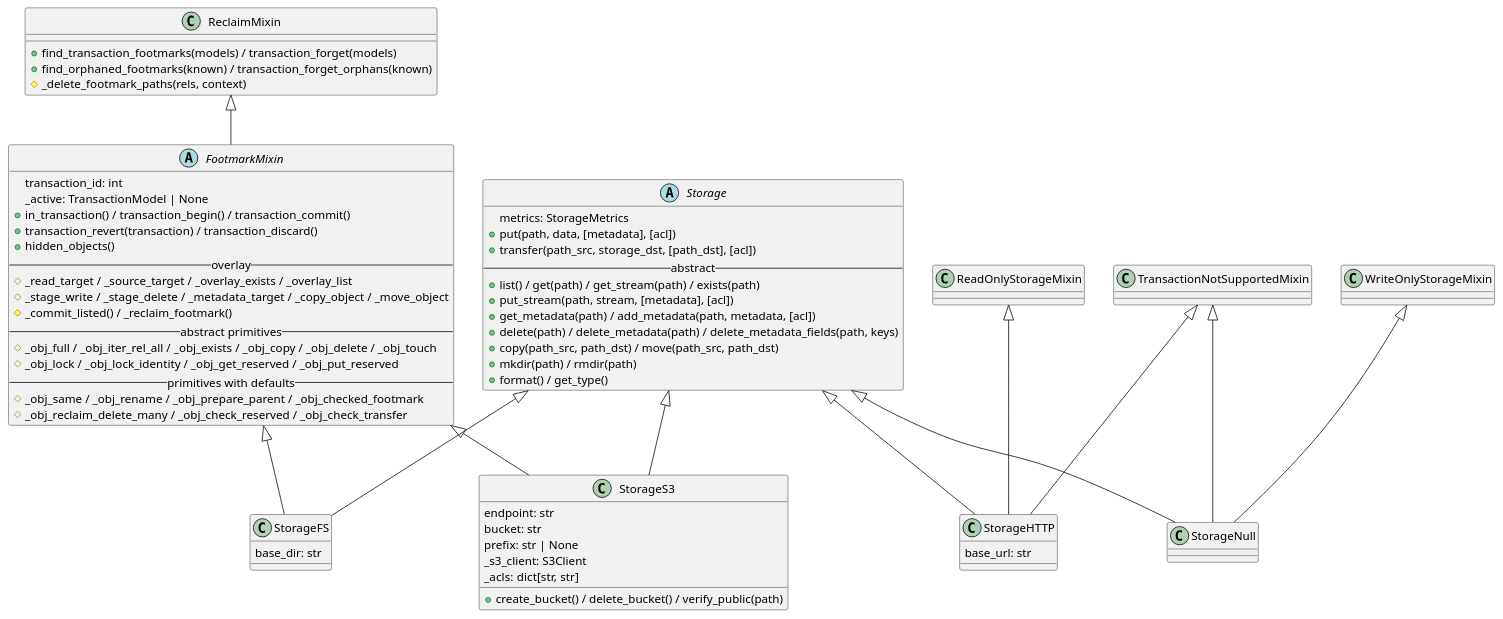
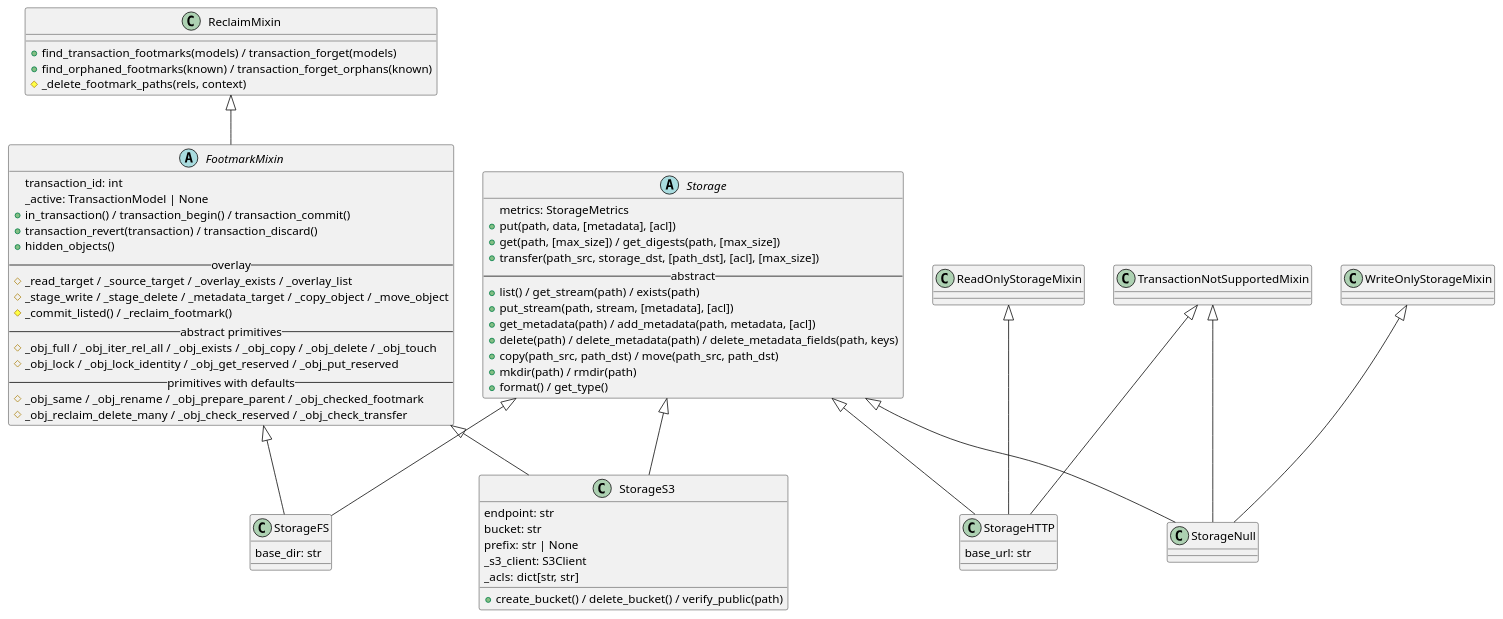
Before and after one commit to vinklat/txstore: the diagram in docs/development/diagrams/class-storage.puml, drawn with PlantUML. The commit also changed 41 other files, not shown here.

```diff
--- a/docs/development/diagrams/class-storage.puml
+++ b/docs/development/diagrams/class-storage.puml
@@ -1,71 +1,72 @@
 @startuml
 abstract class Storage {
   metrics: StorageMetrics
   + put(path, data, [metadata], [acl])
-  + transfer(path_src, storage_dst, [path_dst], [acl])
+  + get(path, [max_size]) / get_digests(path, [max_size])
+  + transfer(path_src, storage_dst, [path_dst], [acl], [max_size])
   -- abstract --
-  + list() / get(path) / get_stream(path) / exists(path)
+  + list() / get_stream(path) / exists(path)
   + put_stream(path, stream, [metadata], [acl])
   + get_metadata(path) / add_metadata(path, metadata, [acl])
   + delete(path) / delete_metadata(path) / delete_metadata_fields(path, keys)
   + copy(path_src, path_dst) / move(path_src, path_dst)
   + mkdir(path) / rmdir(path)
   + format() / get_type()
 }
 
 abstract class FootmarkMixin {
   transaction_id: int
   _active: TransactionModel | None
   + in_transaction() / transaction_begin() / transaction_commit()
   + transaction_revert(transaction) / transaction_discard()
   + hidden_objects()
   -- overlay --
   # _read_target / _source_target / _overlay_exists / _overlay_list
   # _stage_write / _stage_delete / _metadata_target / _copy_object / _move_object
   # _commit_listed() / _reclaim_footmark()
   -- abstract primitives --
   # _obj_full / _obj_iter_rel_all / _obj_exists / _obj_copy / _obj_delete / _obj_touch
   # _obj_lock / _obj_lock_identity / _obj_get_reserved / _obj_put_reserved
   -- primitives with defaults --
   # _obj_same / _obj_rename / _obj_prepare_parent / _obj_checked_footmark
   # _obj_reclaim_delete_many / _obj_check_reserved / _obj_check_transfer
 }
 
 class ReclaimMixin {
   + find_transaction_footmarks(models) / transaction_forget(models)
   + find_orphaned_footmarks(known) / transaction_forget_orphans(known)
   # _delete_footmark_paths(rels, context)
 }
 
 class ReadOnlyStorageMixin
 class WriteOnlyStorageMixin
 class TransactionNotSupportedMixin
 
 class StorageFS {
   base_dir: str
 }
 class StorageS3 {
   endpoint: str
   bucket: str
   prefix: str | None
   _s3_client: S3Client
   _acls: dict[str, str]
   + create_bucket() / delete_bucket() / verify_public(path)
 }
 class StorageHTTP {
   base_url: str
 }
 class StorageNull
 
 Storage <|-- StorageFS
 Storage <|-- StorageS3
 Storage <|-- StorageHTTP
 Storage <|-- StorageNull
 ReclaimMixin <|-- FootmarkMixin
 FootmarkMixin <|-- StorageFS
 FootmarkMixin <|-- StorageS3
 ReadOnlyStorageMixin <|-- StorageHTTP
 WriteOnlyStorageMixin <|-- StorageNull
 TransactionNotSupportedMixin <|-- StorageHTTP
 TransactionNotSupportedMixin <|-- StorageNull
 @enduml
```
